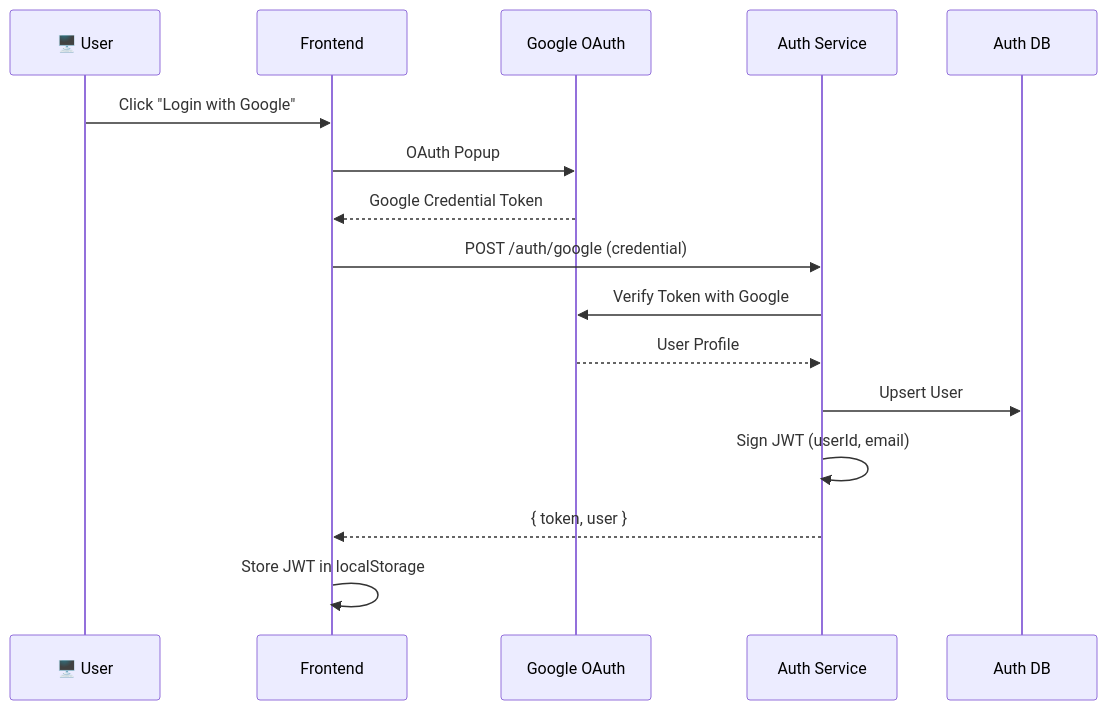
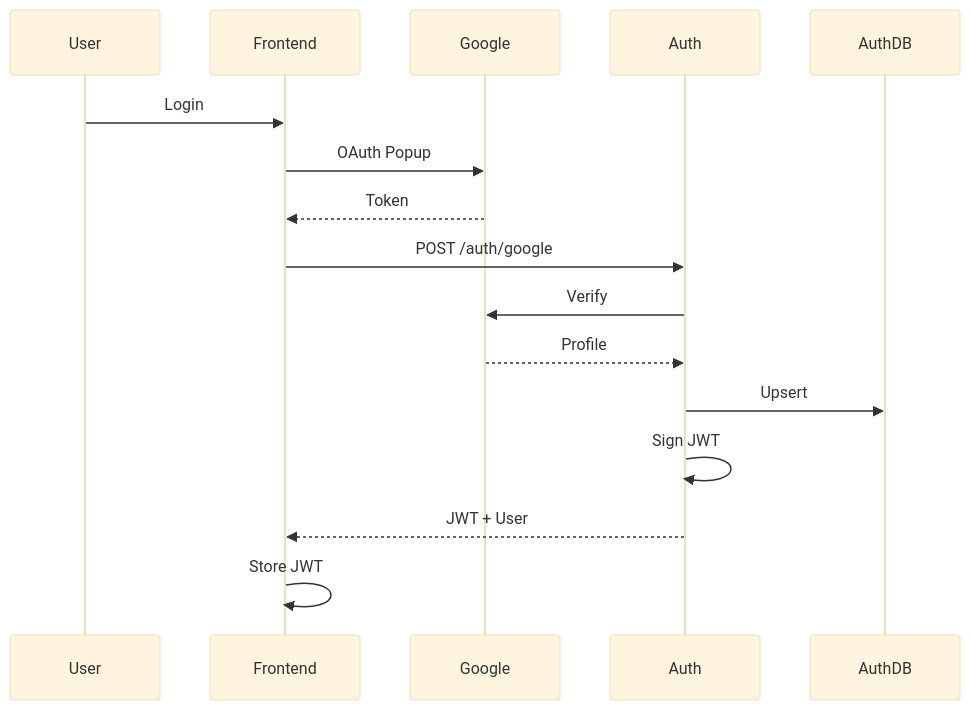
Before and after one commit to Luff-Org/Luff-Boilerplate: the fourth of 4 diagrams in README.md, drawn with Mermaid. The commit also changed other lines of this file and 4 other files, not shown here.

Commit message:
docs: restore mermaid diagrams with small fontSize (10px) and short labels

````diff
--- a/README.md
+++ b/README.md
@@ -136,19 +128,20 @@
 ```mermaid
+%%{init: {'theme':'base','themeVariables':{'fontSize':'10px'}}}%%
 sequenceDiagram
-  participant U as 🖥️ User
+  participant U as User
   participant F as Frontend
-  participant G as Google OAuth
-  participant A as Auth Service
-  participant DB as Auth DB
+  participant G as Google
+  participant A as Auth
+  participant DB as AuthDB
 
-  U->>F: Click "Login with Google"
+  U->>F: Login
   F->>G: OAuth Popup
-  G-->>F: Google Credential Token
-  F->>A: POST /auth/google (credential)
-  A->>G: Verify Token with Google
-  G-->>A: User Profile
-  A->>DB: Upsert User
-  A->>A: Sign JWT (userId, email)
-  A-->>F: { token, user }
-  F->>F: Store JWT in localStorage
+  G-->>F: Token
+  F->>A: POST /auth/google
+  A->>G: Verify
+  G-->>A: Profile
+  A->>DB: Upsert
+  A->>A: Sign JWT
+  A-->>F: JWT + User
+  F->>F: Store JWT
 ```
````
